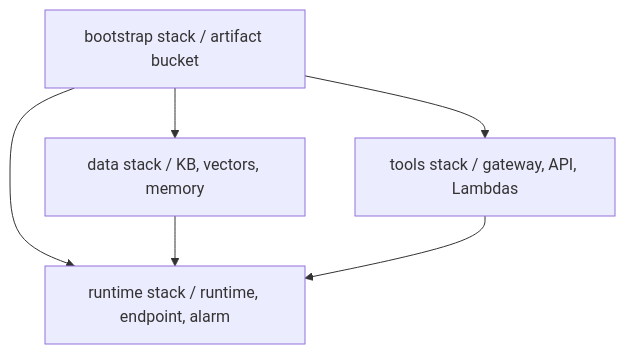
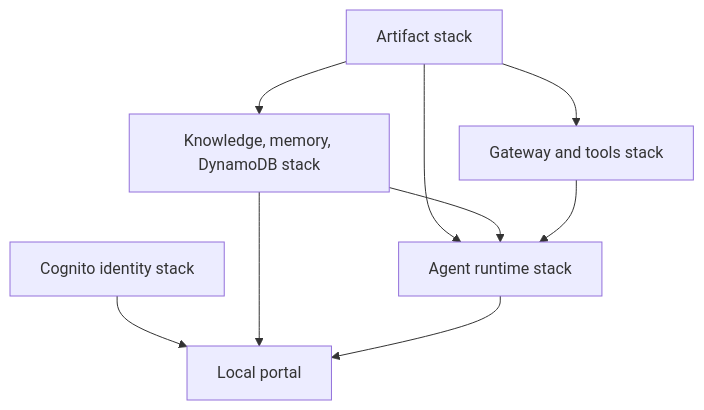
The second of 2 diagrams in README.md (abdalrahmanattya/ai-support-agent), drawn with Mermaid before and after one commit. The commit also changed other lines of this file and 62 other files, not shown here.

````diff
--- a/README.md
+++ b/README.md
@@ -43,8 +39,16 @@
 ```mermaid
 flowchart TB
-  Bootstrap[bootstrap stack / artifact bucket] --> Data[data stack / KB, vectors, memory]
-  Bootstrap --> Tools[tools stack / gateway, API, Lambdas]
-  Bootstrap --> Runtime[runtime stack / runtime, endpoint, alarm]
+  Identity[Cognito identity stack]
+  Bootstrap[Artifact stack]
+  Data[Knowledge, memory, DynamoDB stack]
+  Tools[Gateway and tools stack]
+  Runtime[Agent runtime stack]
+  Bootstrap --> Data
+  Bootstrap --> Tools
+  Bootstrap --> Runtime
   Data --> Runtime
   Tools --> Runtime
+  Identity --> Portal[Local portal]
+  Data --> Portal
+  Runtime --> Portal
 ```
````
